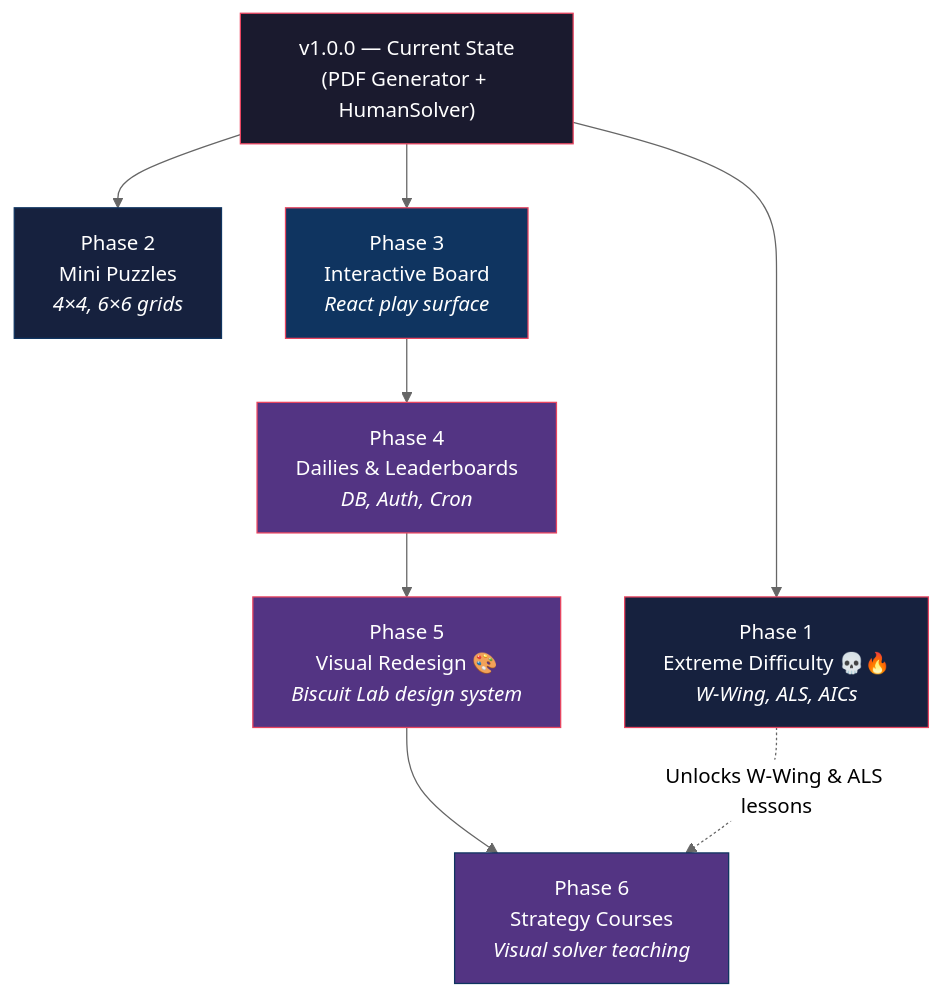
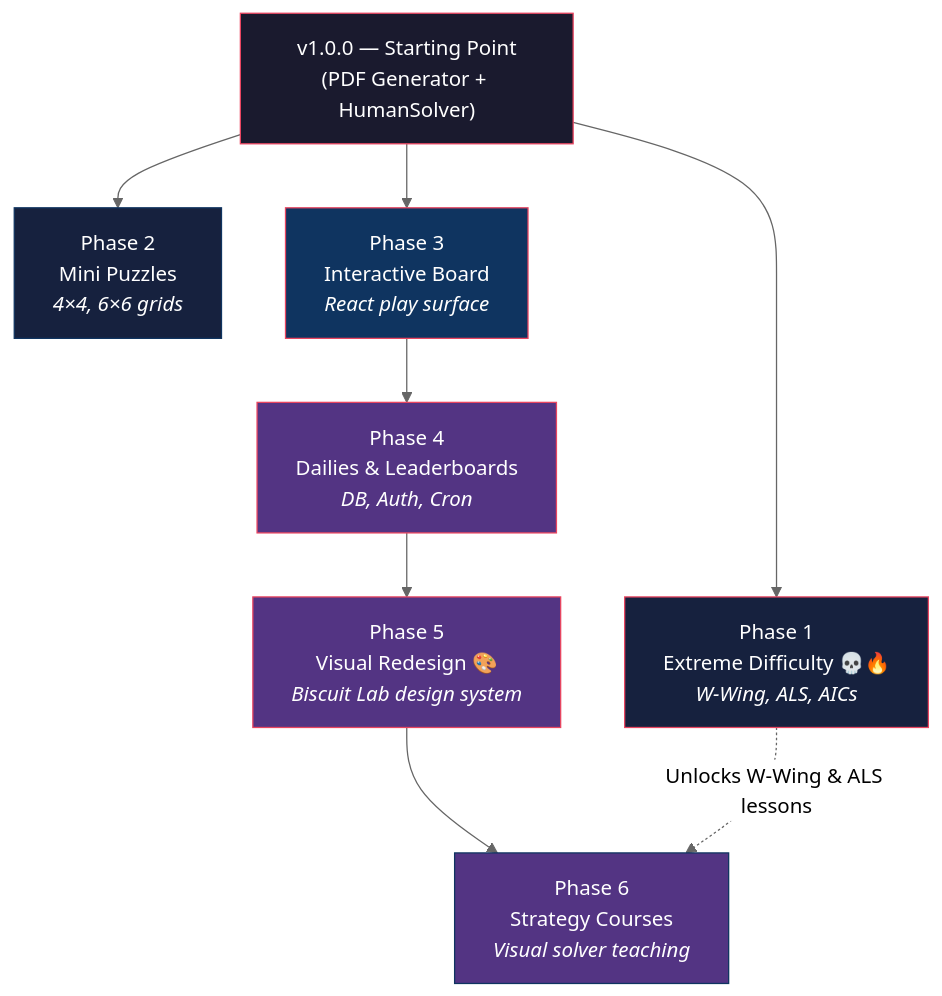
One commit to zfert99/Puzzle-Generator changed the fourth of 4 diagrams in Docs/roadmap.md. Above: the diagram before and after it, drawn with Mermaid (neutral theme). The commit also changed other lines of this file, not shown here.

First line of the commit message:
Docs: refresh roadmap to current state (v3.0.0)

````diff
--- a/Docs/roadmap.md
+++ b/Docs/roadmap.md
@@ -454,27 +469,27 @@
 ```mermaid
 graph TD
-    V1["v1.0.0 — Current State<br/>(PDF Generator + HumanSolver)"]
+    V1["v1.0.0 — Starting Point<br/>(PDF Generator + HumanSolver)"]
 
     P1["Phase 1<br/>Extreme Difficulty 💀🔥<br/><i>W-Wing, ALS, AICs</i>"]
     P2["Phase 2<br/>Mini Puzzles<br/><i>4×4, 6×6 grids</i>"]
     P3["Phase 3<br/>Interactive Board<br/><i>React play surface</i>"]
     P4["Phase 4<br/>Dailies & Leaderboards<br/><i>DB, Auth, Cron</i>"]
     P5["Phase 5<br/>Visual Redesign 🎨<br/><i>Biscuit Lab design system</i>"]
     P6["Phase 6<br/>Strategy Courses<br/><i>Visual solver teaching</i>"]
 
     V1 --> P1
     V1 --> P2
     V1 --> P3
     P3 --> P4
     P4 --> P5
     P5 --> P6
     P1 -.->|"Unlocks W-Wing & ALS lessons"| P6
 
     style V1 fill:#1a1a2e,stroke:#e94560,color:#fff
     style P1 fill:#16213e,stroke:#e94560,color:#fff
     style P2 fill:#16213e,stroke:#0f3460,color:#fff
     style P3 fill:#0f3460,stroke:#e94560,color:#fff
     style P4 fill:#533483,stroke:#e94560,color:#fff
     style P5 fill:#533483,stroke:#e94560,color:#fff
     style P6 fill:#533483,stroke:#0f3460,color:#fff
 ```
````
